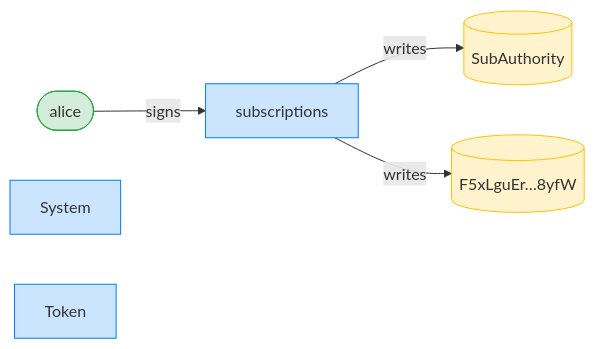
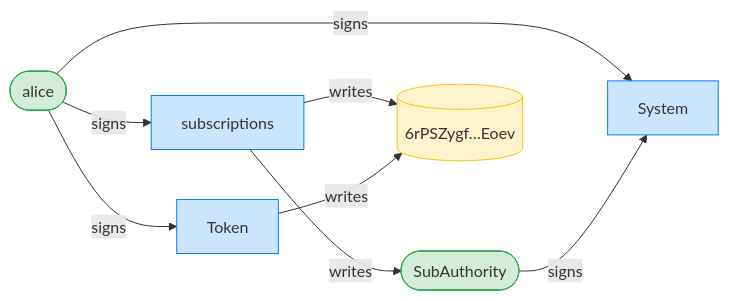
The third of 4 diagrams in dsl_tests/create-fixed-delegation--signer-accounts-must-sign.md (cds-rs/subscriptions), drawn with Mermaid before and after one commit. The commit also changed other lines of this file and 224 other files, not shown here.

````diff
--- a/dsl_tests/create-fixed-delegation--signer-accounts-must-sign.md
+++ b/dsl_tests/create-fixed-delegation--signer-accounts-must-sign.md
@@ -53,15 +54,19 @@
 ```mermaid
 flowchart LR
     classDef signer fill:#d4edda,stroke:#28a745;
     classDef program fill:#cce5ff,stroke:#007bff;
     classDef writable fill:#fff3cd,stroke:#ffc107;
     subscriptions[subscriptions]:::program
     alice([alice]):::signer
-    SubAuthority[(SubAuthority)]:::writable
-    F5xLguEr_8yfW[("F5xLguEr…8yfW")]:::writable
+    SubAuthority([SubAuthority]):::signer
+    6rPSZygf_Eoev[("6rPSZygf…Eoev")]:::writable
     System[System]:::program
     Token[Token]:::program
     alice -->|signs| subscriptions
+    alice -->|signs| System
+    SubAuthority -->|signs| System
+    alice -->|signs| Token
     subscriptions -->|writes| SubAuthority
-    subscriptions -->|writes| F5xLguEr_8yfW
+    subscriptions -->|writes| 6rPSZygf_Eoev
+    Token -->|writes| 6rPSZygf_Eoev
 ```
````
